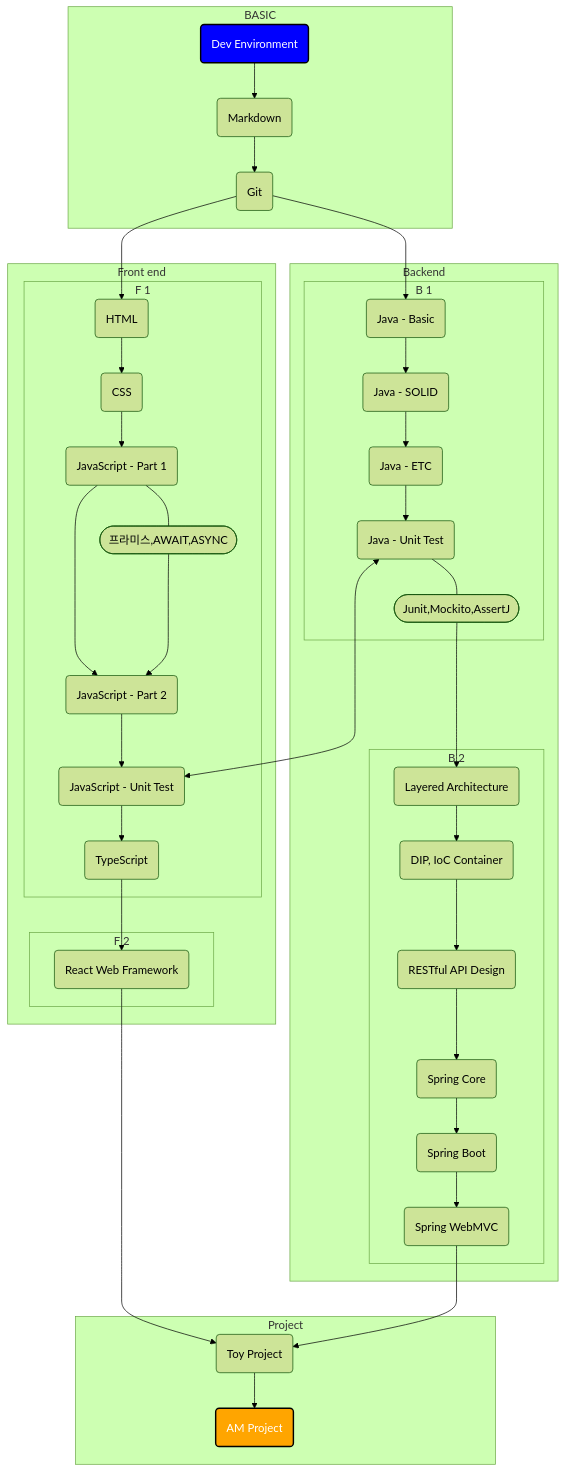
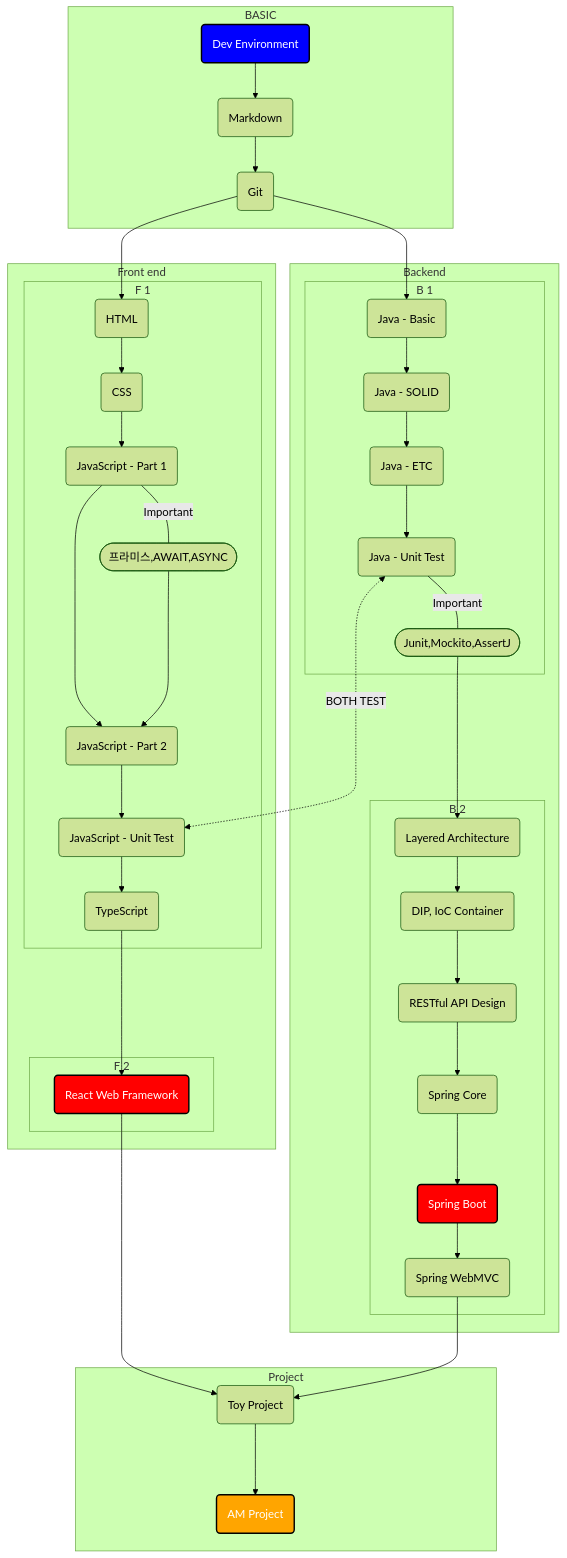
One commit to HankJoo/HankJoo changed the diagram in README.md. Above: the diagram before and after it, drawn with Mermaid (forest theme).

````diff
--- a/README.md
+++ b/README.md
@@ -9,77 +9,78 @@
 ```mermaid
 flowchart TB
 
 %% Colors %%
 classDef blue fill:blue,stroke:#000,stroke-width:2px,color:#fff
 classDef orange fill:orange,stroke:#000,stroke-width:2px,color:#fff
+classDef red fill:red,stroke:#000,stroke-width:2px,color:#fff
       
     subgraph BASIC                          
         D(Dev Environment):::blue
         M(Markdown)
         G(Git)
         D-->M-->G                                             
     end
     
     G-->B1      
                     
     subgraph "Backend"
         subgraph "B 1"
             B1(Java - Basic)
             B2(Java - SOLID)
             B3(Java - ETC)        
             B4(Java - Unit Test)     
             B401([Junit,Mockito,AssertJ])   
             B1-->B2-->B3-->B4
            
         end
       
-    B4---B401--->B5
+    B4---|Important|B401--->B5
         
         subgraph "B 2" 
             B5(Layered Architecture)
             B6(DIP, IoC Container)
             B7(RESTful API Design)
             B8(Spring Core)
-            B9(Spring Boot)
+            B9(Spring Boot):::red 
             B10(Spring WebMVC)
             B5-->B6-->B7-->B8-->B9-->B10
         end        
     end
     
     G-->F1
     
     subgraph "Front end"
         subgraph "F 1"
             F1(HTML)
             F2(CSS)
             F3(JavaScript - Part 1)
             F301([프라미스,AWAIT,ASYNC])
             F4(JavaScript - Part 2)
             F5(JavaScript - Unit Test)
             F6(TypeScript)
             F1-->F2-->F3-->F4-->F5-->F6            
-            F3---F301--->F4
+            F3---|Important|F301--->F4
         end
     
-    F6 --> F7   
+    F6 ---> F7   
         
         subgraph "F 2"
-            F7(React Web Framework)                
+            F7(React Web Framework):::red                
         end       
     end
     
     F7 --> P1
     B10 --> P1
-    P1 --> P2
+    P1 ---> P2
     
-    B4<--->F5
+    B4<-..->|BOTH TEST|F5
     
     subgraph "Project"
             P1(Toy Project)
             P2(AM Project):::orange        
     end 
 
 
 
 
 ```
````
